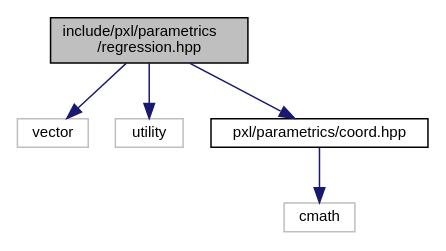
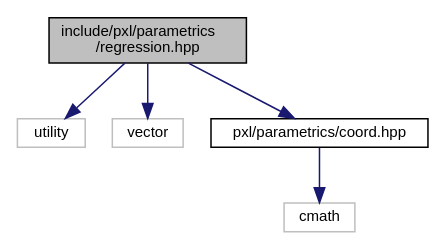
Before and after one commit to Pixel-Lib/Pixel: the diagram in regression_8hpp__incl.dot, drawn with Graphviz. The commit also changed 136 other files, not shown here.

```diff
--- a/regression_8hpp__incl.dot
+++ b/regression_8hpp__incl.dot
@@ -1,15 +1,15 @@
 digraph "include/pxl/parametrics/regression.hpp"
 {
  // LATEX_PDF_SIZE
   edge [fontname="Helvetica",fontsize="10",labelfontname="Helvetica",labelfontsize="10"];
   node [fontname="Helvetica",fontsize="10",shape=record];
   Node1 [label="include/pxl/parametrics\l/regression.hpp",height=0.2,width=0.4,color="black", fillcolor="grey75", style="filled", fontcolor="black",tooltip=" "];
   Node1 -> Node2 [color="midnightblue",fontsize="10",style="solid",fontname="Helvetica"];
-  Node2 [label="vector",height=0.2,width=0.4,color="grey75", fillcolor="white", style="filled",tooltip=" "];
+  Node2 [label="utility",height=0.2,width=0.4,color="grey75", fillcolor="white", style="filled",tooltip=" "];
   Node1 -> Node3 [color="midnightblue",fontsize="10",style="solid",fontname="Helvetica"];
-  Node3 [label="utility",height=0.2,width=0.4,color="grey75", fillcolor="white", style="filled",tooltip=" "];
+  Node3 [label="vector",height=0.2,width=0.4,color="grey75", fillcolor="white", style="filled",tooltip=" "];
   Node1 -> Node4 [color="midnightblue",fontsize="10",style="solid",fontname="Helvetica"];
   Node4 [label="pxl/parametrics/coord.hpp",height=0.2,width=0.4,color="black", fillcolor="white", style="filled",URL="$coord_8hpp.html",tooltip=" "];
   Node4 -> Node5 [color="midnightblue",fontsize="10",style="solid",fontname="Helvetica"];
   Node5 [label="cmath",height=0.2,width=0.4,color="grey75", fillcolor="white", style="filled",tooltip=" "];
 }
```
